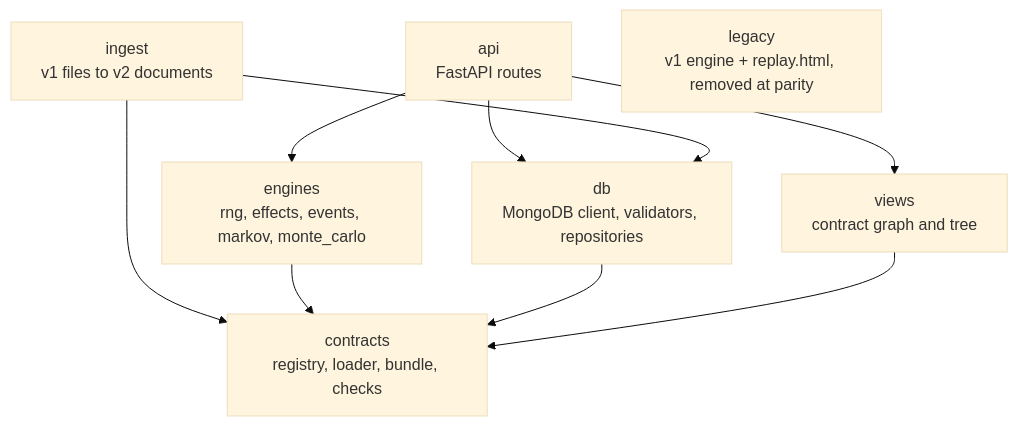
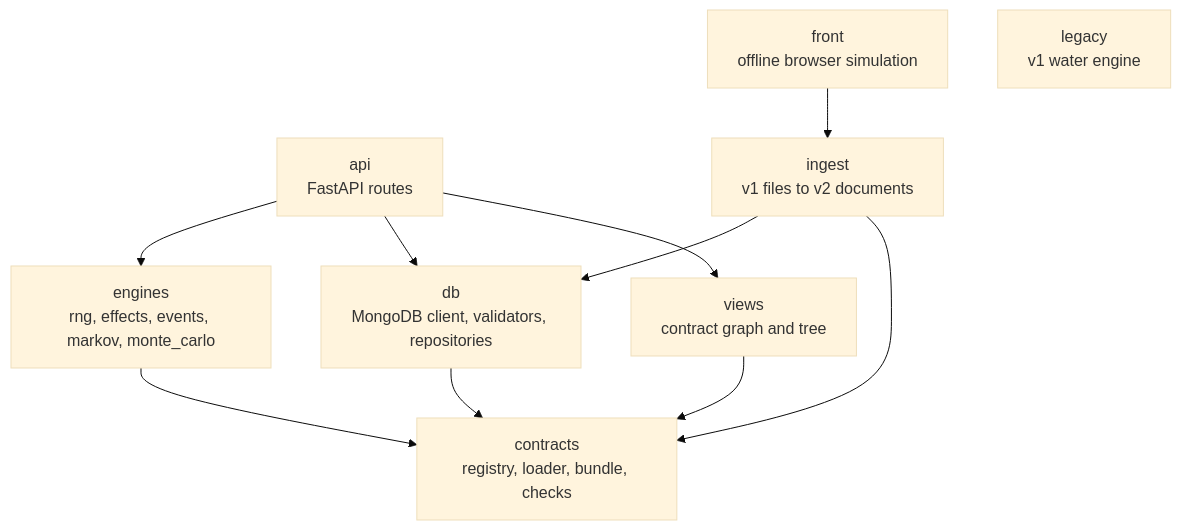
Before and after one commit to Gabriel-ASM/field-shift: the first of 5 diagrams in docs/backend-design.md, drawn with Mermaid (base theme). The commit also changed other lines of this file and 29 other files, not shown here.

````diff
--- a/docs/backend-design.md
+++ b/docs/backend-design.md
@@ -30,12 +30,13 @@
 ```mermaid
 flowchart TD
   api["api<br/>FastAPI routes"] --> engines["engines<br/>rng, effects, events, markov, monte_carlo"]
   api --> db["db<br/>MongoDB client, validators, repositories"]
   api --> views["views<br/>contract graph and tree"]
   ingest["ingest<br/>v1 files to v2 documents"] --> db
   ingest --> contracts
   engines --> contracts["contracts<br/>registry, loader, bundle, checks"]
   db --> contracts
   views --> contracts
-  legacy["legacy<br/>v1 engine + replay.html, removed at parity"]
+  front["front<br/>offline browser simulation"] --> ingest
+  legacy["legacy<br/>v1 water engine"]
 ```
````
